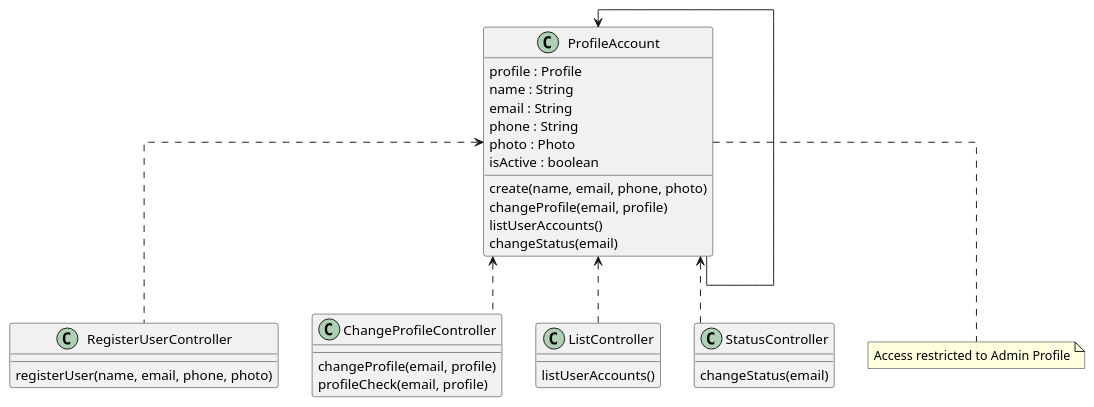
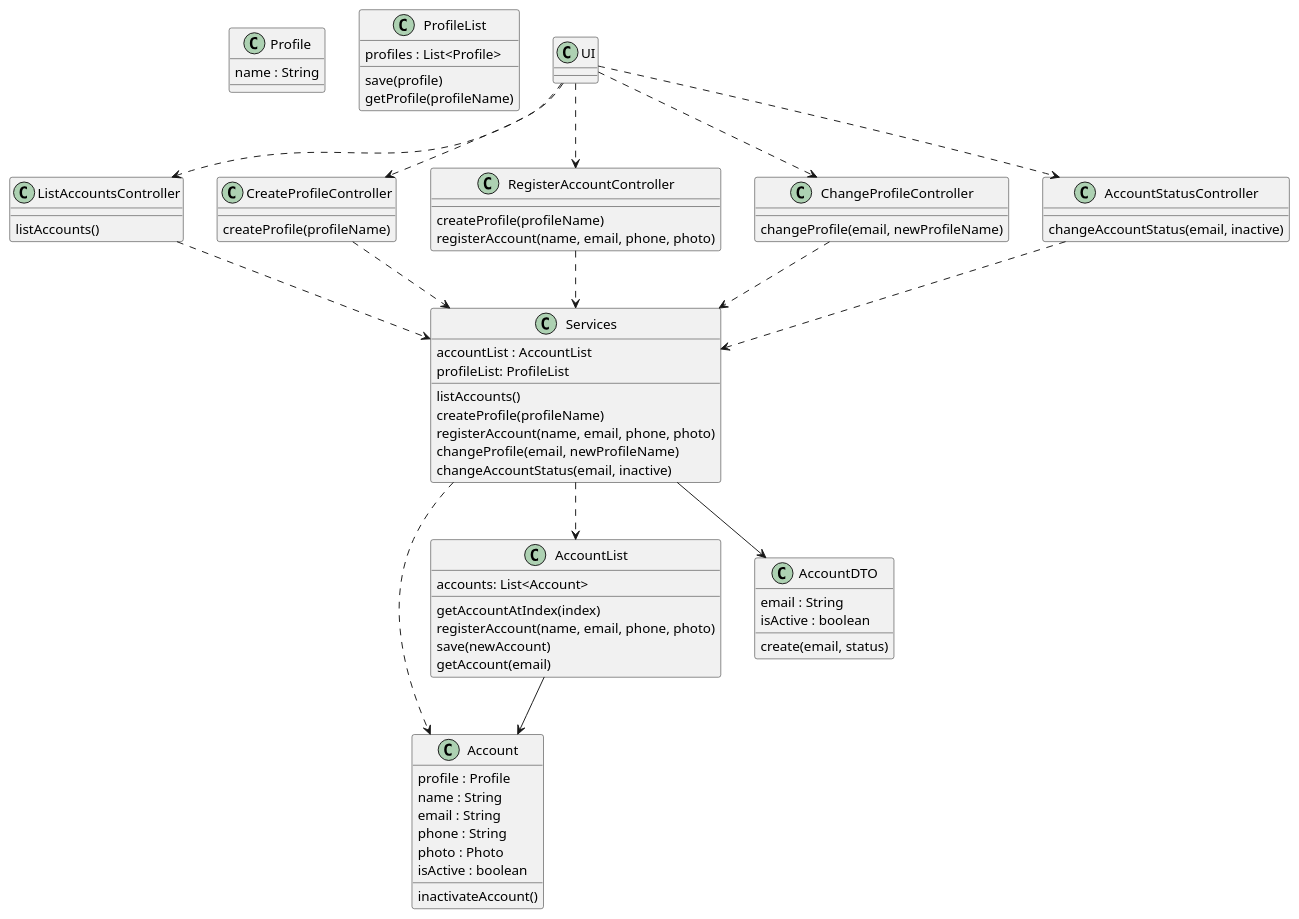
One commit to ivo-menezes/project_g3 changed the diagram in docs/modelling_design/class_diagram/class_diagram.puml. Above: the diagram before and after it, drawn with PlantUML.

Commit message:
Class diagram: Design: Update

```diff
--- a/docs/modelling_design/class_diagram/class_diagram.puml
+++ b/docs/modelling_design/class_diagram/class_diagram.puml
@@ -1,48 +1,86 @@
 @startuml
-skinparam linetype ortho
 
-class "ProfileAccount" as Account
-class "RegisterUserController" as ResController
-class "ChangeProfileController" as ChangeController
-class "ListController"
-class "StatusController"
+class Profile {
+name : String
+}
 
-note "Access restricted to Admin Profile" as N2
-Account .. N2
+class ProfileList {
+profiles : List<Profile>
+save(profile)
+getProfile(profileName)
+}
+
+class ListAccountsController{
+listAccounts()
+}
+
+class CreateProfileController {
+createProfile(profileName)
+}
+
+class RegisterAccountController {
+createProfile(profileName)
+registerAccount(name, email, phone, photo)
+}
+
+class ChangeProfileController {
+changeProfile(email, newProfileName)
+}
+
+class AccountStatusController {
+changeAccountStatus(email, inactive)
+}
+
+class Services {
+accountList : AccountList
+profileList: ProfileList
+listAccounts()
+createProfile(profileName)
+registerAccount(name, email, phone, photo)
+changeProfile(email, newProfileName)
+changeAccountStatus(email, inactive)
+
+}
 
 class Account {
 profile : Profile
 name : String
 email : String
 phone : String
 photo : Photo
 isActive : boolean
-create(name, email, phone, photo)
-changeProfile(email, profile)
-listUserAccounts()
-changeStatus(email)
+inactivateAccount()
 }
 
-class ResController {
-registerUser(name, email, phone, photo)
+class AccountList {
+accounts: List<Account>
+getAccountAtIndex(index)
+registerAccount(name, email, phone, photo)
+save(newAccount)
+getAccount(email)
 }
 
-class ChangeController {
-changeProfile(email, profile)
-profileCheck(email, profile)
+class AccountDTO {
+email : String
+isActive : boolean
+create(email, status)
 }
 
-class ListController {
-listUserAccounts()
-}
+Services ..> Account
+Services ..> AccountList
+Services --> AccountDTO
 
-class StatusController {
-changeStatus(email)
-}
+AccountList --> Account
 
-Account <-- Account
-Account <.. ResController
-Account <.. ChangeController
-Account <.. ListController
-Account <..StatusController
+UI ..> ListAccountsController
+UI ..> CreateProfileController
+UI ..> RegisterAccountController
+UI ..> ChangeProfileController
+UI ..> AccountStatusController
+
+ListAccountsController ..> Services
+CreateProfileController ..> Services
+RegisterAccountController ..> Services
+ChangeProfileController..> Services
+AccountStatusController ..> Services
 @enduml
```
